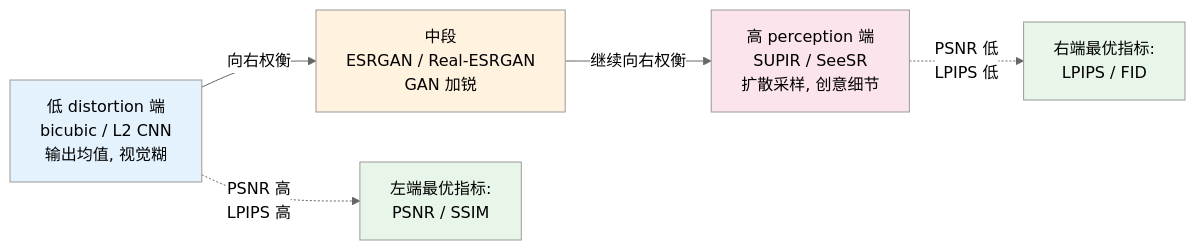
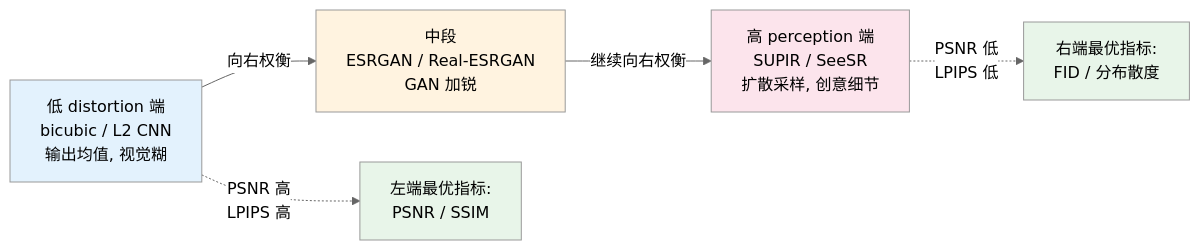
Before and after one commit to yingwang/image-enhancement-guide: the third of 3 diagrams in chapters/04-metrics.md, drawn with Mermaid (neutral theme). The commit also changed other lines of this file and 18 other files, not shown here.

````diff
--- a/chapters/04-metrics.md
+++ b/chapters/04-metrics.md
@@ -466,14 +468,14 @@
 ```mermaid
 graph LR
     A[低 distortion 端<br/>bicubic / L2 CNN<br/>输出均值, 视觉糊] -->|向右权衡| B[中段<br/>ESRGAN / Real-ESRGAN<br/>GAN 加锐]
     B -->|继续向右权衡| C[高 perception 端<br/>SUPIR / SeeSR<br/>扩散采样, 创意细节]
 
     A -.PSNR 高<br/>LPIPS 高.-> Score1[左端最优指标:<br/>PSNR / SSIM]
-    C -.PSNR 低<br/>LPIPS 低.-> Score2[右端最优指标:<br/>LPIPS / FID]
+    C -.PSNR 低<br/>LPIPS 低.-> Score2[右端最优指标:<br/>FID / 分布散度]
 
     style A fill:#e3f2fd
     style B fill:#fff3e0
     style C fill:#fce4ec
     style Score1 fill:#e8f5e9
     style Score2 fill:#e8f5e9
 ```
````
